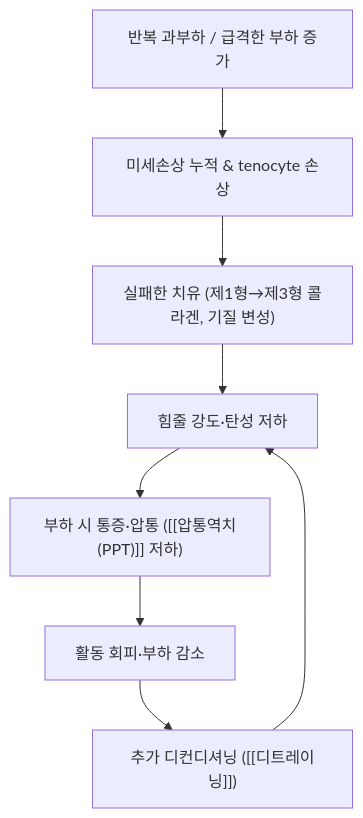
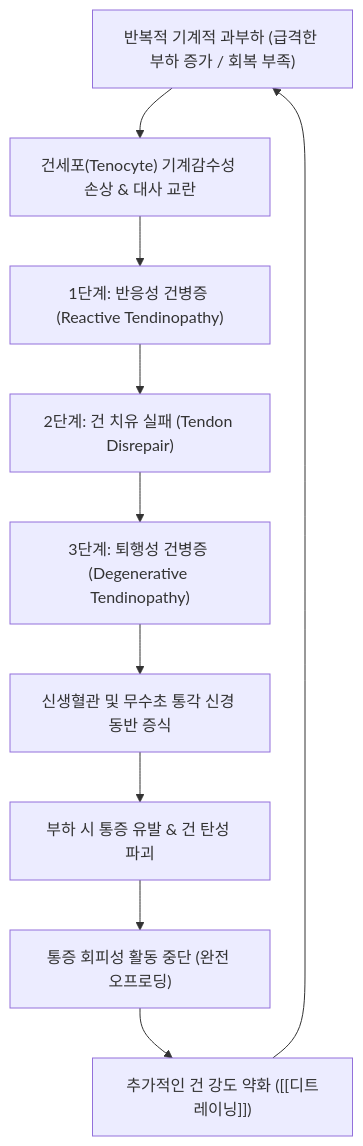
Before and after one commit to simbio11/simbio-digital-garden2: the diagram in content/3. 이론 공부/질환/근골격계 질환/기타/힘줄병증.md, drawn with Mermaid. The commit also changed other lines of this file and 124 other files, not shown here.

````diff
--- a/content/3. 이론 공부/질환/근골격계 질환/기타/힘줄병증.md
+++ b/content/3. 이론 공부/질환/근골격계 질환/기타/힘줄병증.md
@@ -39,10 +66,12 @@
 ```mermaid
 graph TD
-    Load["반복 과부하 / 급격한 부하 증가"] --> Micro["미세손상 누적 & tenocyte 손상"]
-    Micro --> Fail["실패한 치유 (제1형→제3형 콜라겐, 기질 변성)"]
-    Fail --> Weak["힘줄 강도·탄성 저하"]
-    Weak --> Pain["부하 시 통증·압통 ([[압통역치(PPT)]] 저하)"]
-    Pain --> Avoid["활동 회피·부하 감소"]
-    Avoid --> Decond["추가 디컨디셔닝 ([[디트레이닝]])"]
-    Decond --> Weak
+    Overload["반복적 기계적 과부하 (급격한 부하 증가 / 회복 부족)"] --> TenocyteStress["건세포(Tenocyte) 기계감수성 손상 & 대사 교란"]
+    TenocyteStress --> Continuum1["1단계: 반응성 건병증 (Reactive Tendinopathy)"]
+    Continuum1 --> Continuum2["2단계: 건 치유 실패 (Tendon Disrepair)"]
+    Continuum2 --> Continuum3["3단계: 퇴행성 건병증 (Degenerative Tendinopathy)"]
+    Continuum3 --> Neovascular["신생혈관 및 무수초 통각 신경 동반 증식"]
+    Neovascular --> LoadPain["부하 시 통증 유발 & 건 탄성 파괴"]
+    LoadPain --> Disuse["통증 회피성 활동 중단 (완전 오프로딩)"]
+    Disuse --> Detraining["추가적인 건 강도 약화 ([[디트레이닝]])"]
+    Detraining --> Overload
 ```
````
